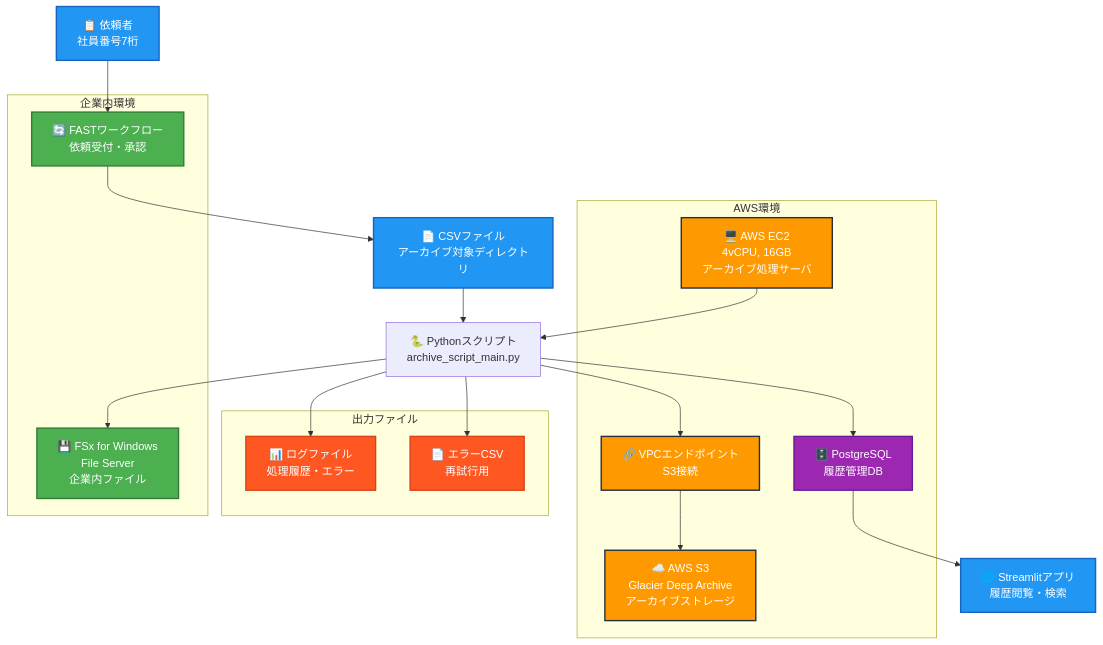
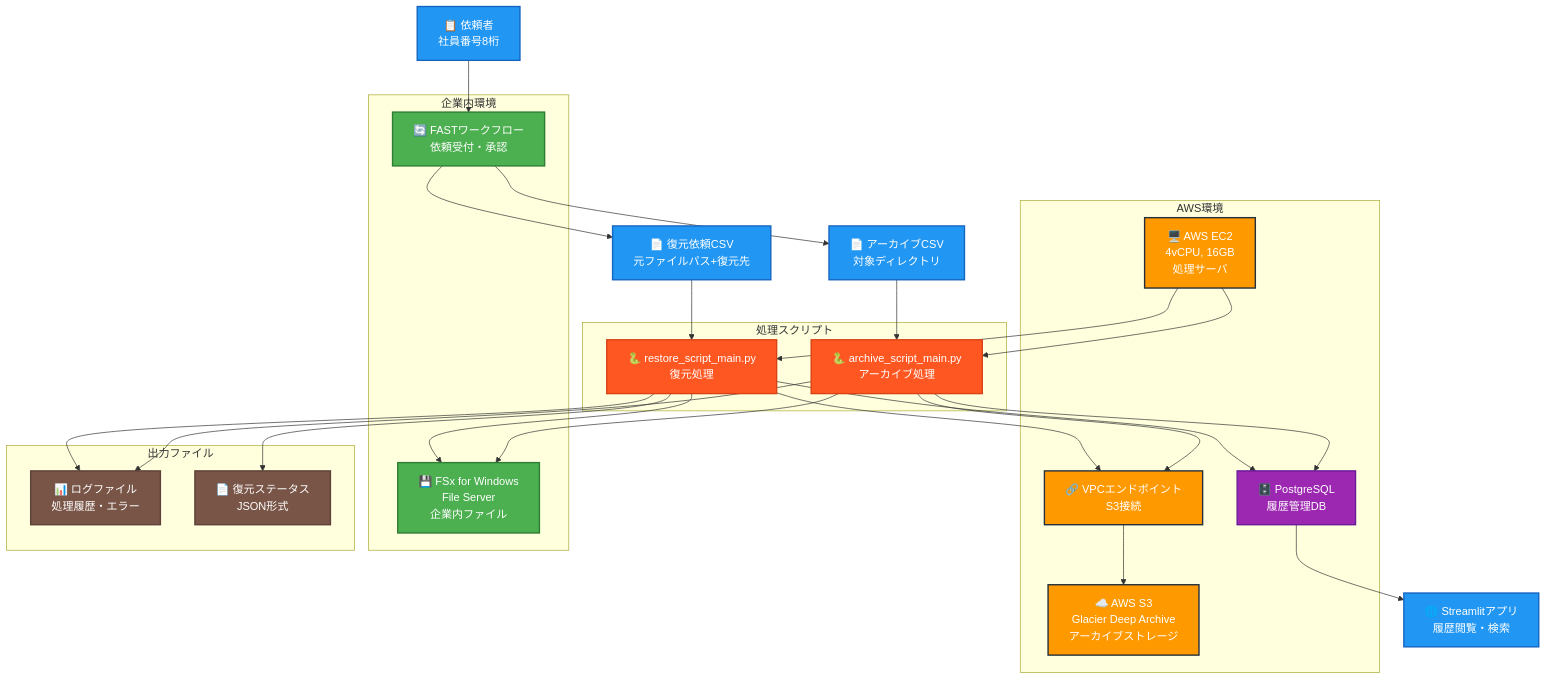
One commit to SantaSan-1224/HideoutRepo changed the first of 3 diagrams in archive/detailed_design_doc.md. Above: the diagram before and after it, drawn with Mermaid. The commit also changed other lines of this file and 2 other files, not shown here.

Commit message:
Update restore specification doc

````diff
--- a/archive/detailed_design_doc.md
+++ b/archive/detailed_design_doc.md
@@ -11,19 +11,21 @@
 ```mermaid
 graph TB
     %% ユーザー・依頼者
-    User[📋 依頼者<br/>社員番号7桁]
+    User[📋 依頼者<br/>社員番号8桁]
 
     %% FASTワークフローシステム
     FAST[🔄 FASTワークフロー<br/>依頼受付・承認]
 
     %% CSV入力
-    CSV[📄 CSVファイル<br/>アーカイブ対象ディレクトリ]
+    CSV_Archive[📄 アーカイブCSV<br/>対象ディレクトリ]
+    CSV_Restore[📄 復元依頼CSV<br/>元ファイルパス+復元先]
 
     %% 処理サーバ
-    Server[🖥️ AWS EC2<br/>4vCPU, 16GB<br/>アーカイブ処理サーバ]
+    Server[🖥️ AWS EC2<br/>4vCPU, 16GB<br/>処理サーバ]
 
-    %% アーカイブスクリプト
-    Script[🐍 Pythonスクリプト<br/>archive_script_main.py]
+    %% スクリプト群
+    ArchiveScript[🐍 archive_script_main.py<br/>アーカイブ処理]
+    RestoreScript[🐍 restore_script_main.py<br/>復元処理]
 
     %% ファイルサーバ
     FSx[💾 FSx for Windows<br/>File Server<br/>企業内ファイル]
@@ -40,23 +42,35 @@
     %% Streamlitアプリ
     Streamlit[🌐 Streamlitアプリ<br/>履歴閲覧・検索]
 
-    %% ログファイル
+    %% ログ・ステータスファイル
     Logs[📊 ログファイル<br/>処理履歴・エラー]
-
-    %% エラーCSV
-    ErrorCSV[📄 エラーCSV<br/>再試行用]
+    Status[📄 復元ステータス<br/>JSON形式]
 
     %% 接続関係
     User --> FAST
-    FAST --> CSV
-    CSV --> Script
-    Server --> Script
-    Script --> FSx
-    Script --> VPC
+    FAST --> CSV_Archive
+    FAST --> CSV_Restore
+
+    CSV_Archive --> ArchiveScript
+    CSV_Restore --> RestoreScript
+
+    Server --> ArchiveScript
+    Server --> RestoreScript
+
+    ArchiveScript --> FSx
+    ArchiveScript --> VPC
+    RestoreScript --> VPC
+    RestoreScript --> FSx
+
     VPC --> S3
-    Script --> DB
-    Script --> Logs
-    Script --> ErrorCSV
+
+    ArchiveScript --> DB
+    RestoreScript --> DB
+
+    ArchiveScript --> Logs
+    RestoreScript --> Logs
+    RestoreScript --> Status
+
     DB --> Streamlit
 
     %% サブグラフでグループ化
@@ -72,9 +86,14 @@
         FAST
     end
 
+    subgraph "処理スクリプト"
+        ArchiveScript
+        RestoreScript
+    end
+
     subgraph "出力ファイル"
         Logs
-        ErrorCSV
+        Status
     end
 
     %% スタイル
@@ -82,11 +101,13 @@
     classDef internalService fill:#4CAF50,stroke:#2E7D32,stroke-width:2px,color:#fff
     classDef userInterface fill:#2196F3,stroke:#1565C0,stroke-width:2px,color:#fff
     classDef dataStorage fill:#9C27B0,stroke:#6A1B9A,stroke-width:2px,color:#fff
-    classDef outputFile fill:#FF5722,stroke:#D84315,stroke-width:2px,color:#fff
+    classDef scriptService fill:#FF5722,stroke:#D84315,stroke-width:2px,color:#fff
+    classDef outputFile fill:#795548,stroke:#5D4037,stroke-width:2px,color:#fff
 
     class S3,VPC,Server awsService
     class FSx,FAST internalService
-    class User,Streamlit,CSV userInterface
+    class User,Streamlit,CSV_Archive,CSV_Restore userInterface
     class DB dataStorage
-    class Logs,ErrorCSV outputFile
+    class ArchiveScript,RestoreScript scriptService
+    class Logs,Status outputFile
 ```
````
